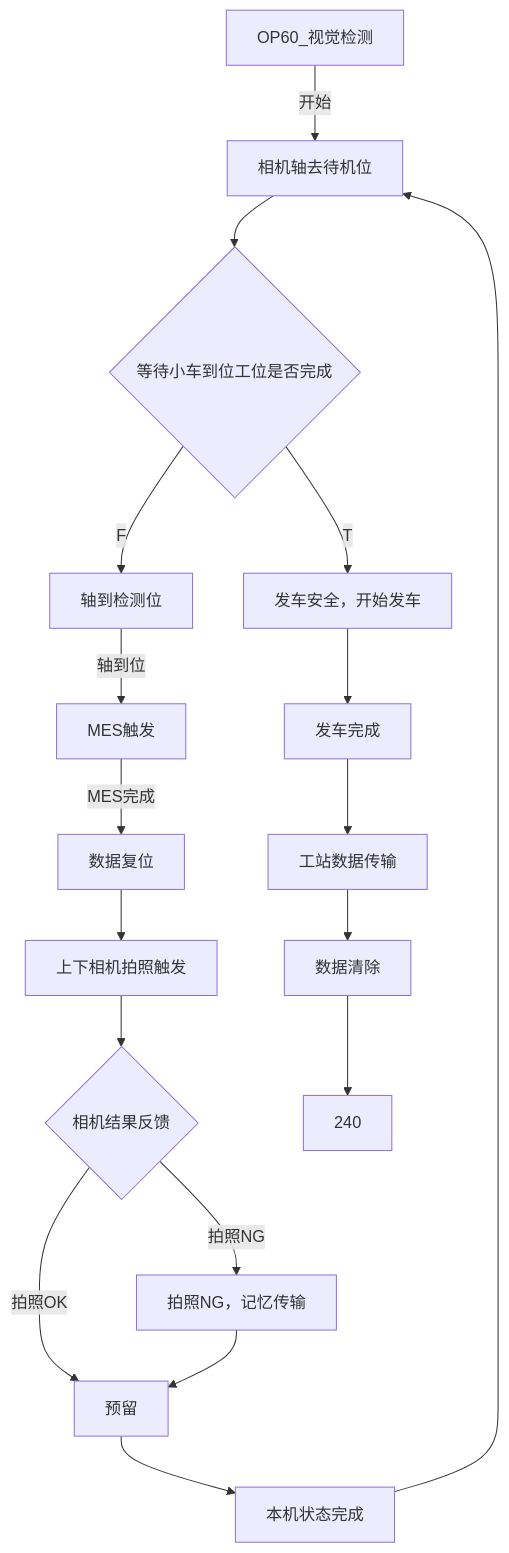
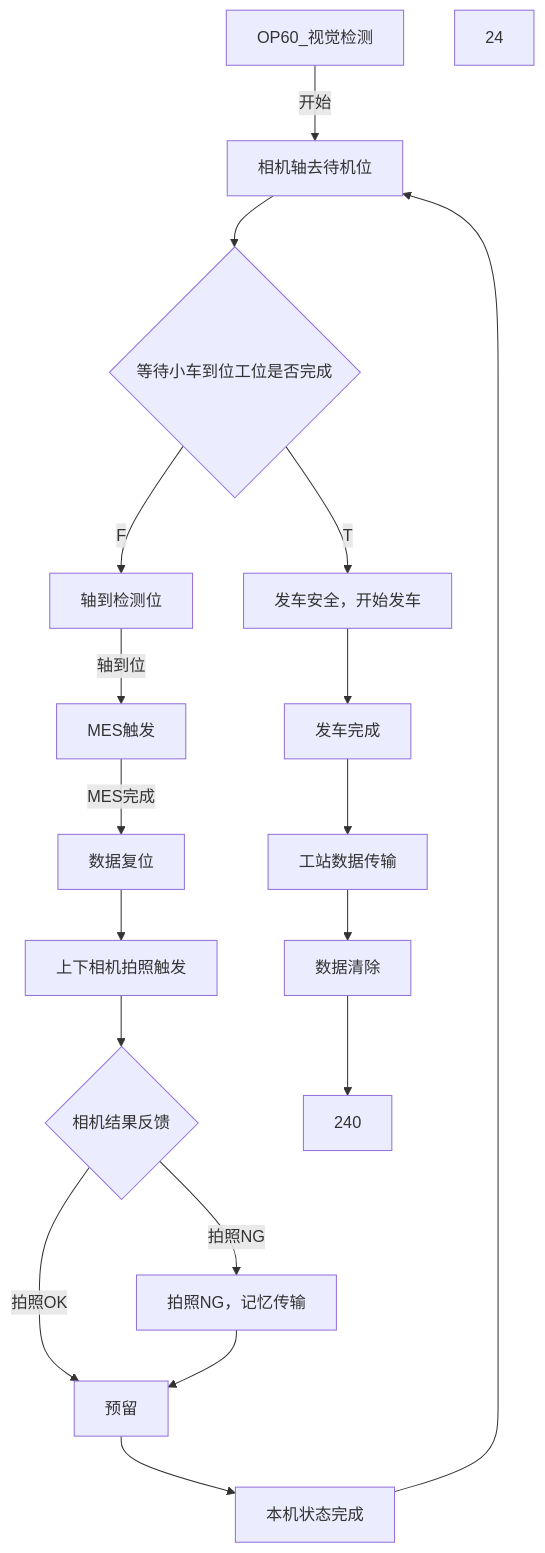
One commit to zmq000/iodraw-files changed the diagram in all/OP60_视觉检测工位1-2.md. Above: the diagram before and after it, drawn with Mermaid.

Commit message:
2026-06-30 19:56:25 update

````diff
--- a/all/OP60_视觉检测工位1-2.md
+++ b/all/OP60_视觉检测工位1-2.md
@@ -1,21 +1,21 @@
 ```mermaid
 graph TD
    0[OP60_视觉检测]-->|开始|10
    10[相机轴去待机位]-->20
    20{等待小车到位工位是否完成}-->|F|100
    20-->|T|200
    100[轴到检测位]-->|轴到位|105
    105[MES触发]-->|MES完成|110
    110[数据复位]-->120
    120[上下相机拍照触发]-->130
    130{相机结果反馈}-->|拍照NG|140
    130-->|拍照OK|150
    140[拍照NG，记忆传输]-->150
    150[预留]-->160
    160[本机状态完成]-->10
    200[发车安全，开始发车]-->210
    210[发车完成]-->220
    220[工站数据传输]-->230
    230[数据清除]-->240
-   
+   24
 ```
````
